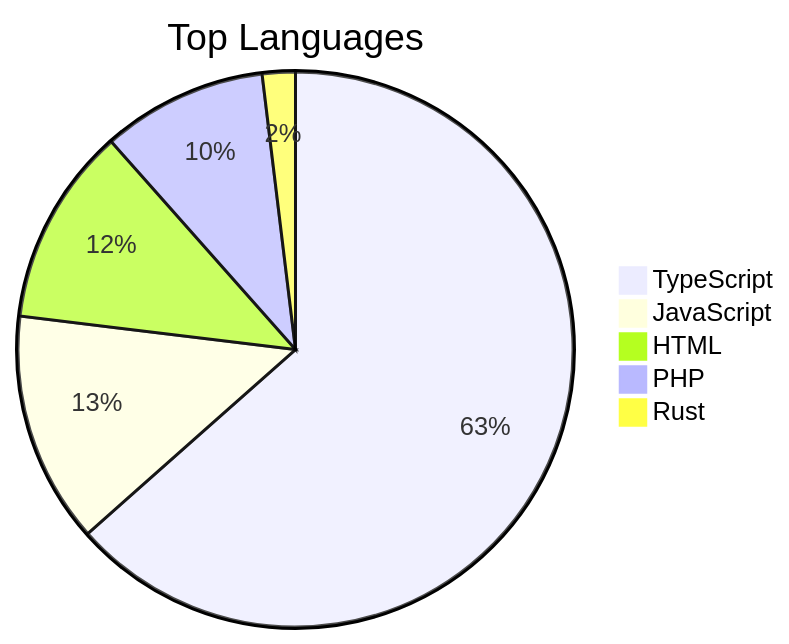
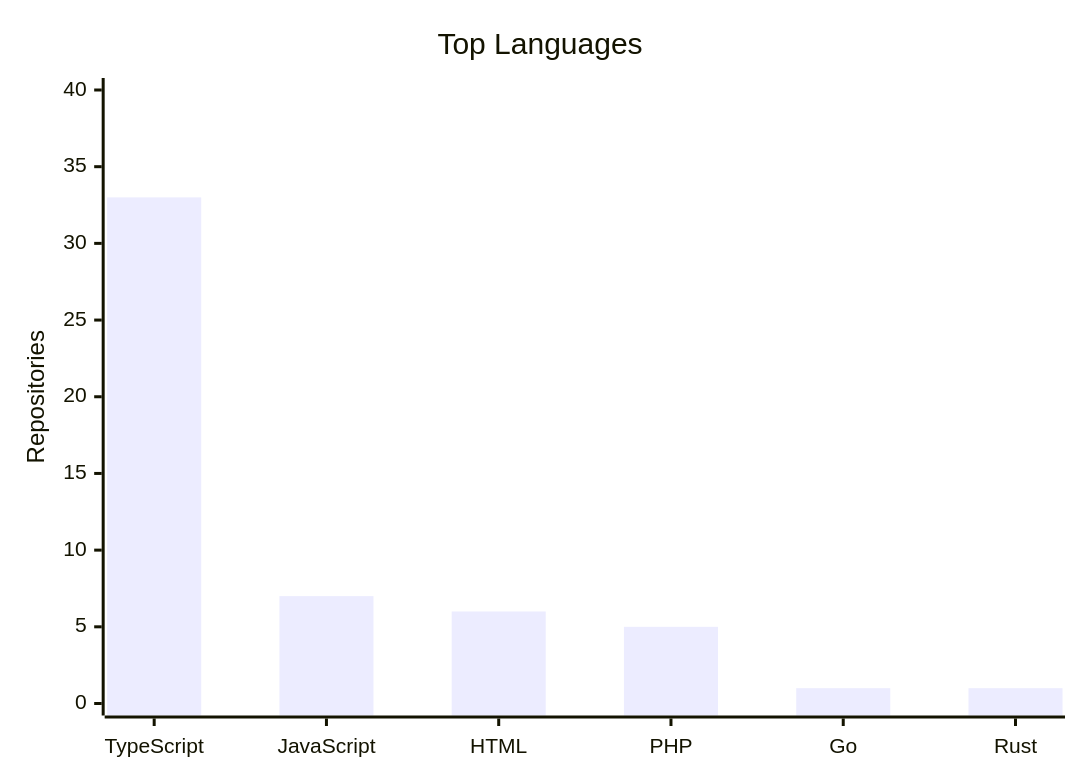
The second of 2 diagrams in README.md (virgenherrera/virgenherrera), drawn with Mermaid before and after one commit. The commit also changed other lines of this file and 16 other files, not shown here.

First line of the commit message:
feat: enhanced README mermaid diagrams + AI Engineering rename (#67)

````diff
--- a/README.md
+++ b/README.md
@@ -96,8 +64,7 @@
 ```mermaid
-pie title Top Languages
-  "TypeScript" : 33
-  "JavaScript" : 7
-  "HTML" : 6
-  "PHP" : 5
-  "Rust" : 1
+xychart-beta
+    title "Top Languages"
+    x-axis ["TypeScript", "JavaScript", "HTML", "PHP", "Go", "Rust"]
+    y-axis "Repositories" 0 --> 40
+    bar [33, 7, 6, 5, 1, 1]
 ```
````
